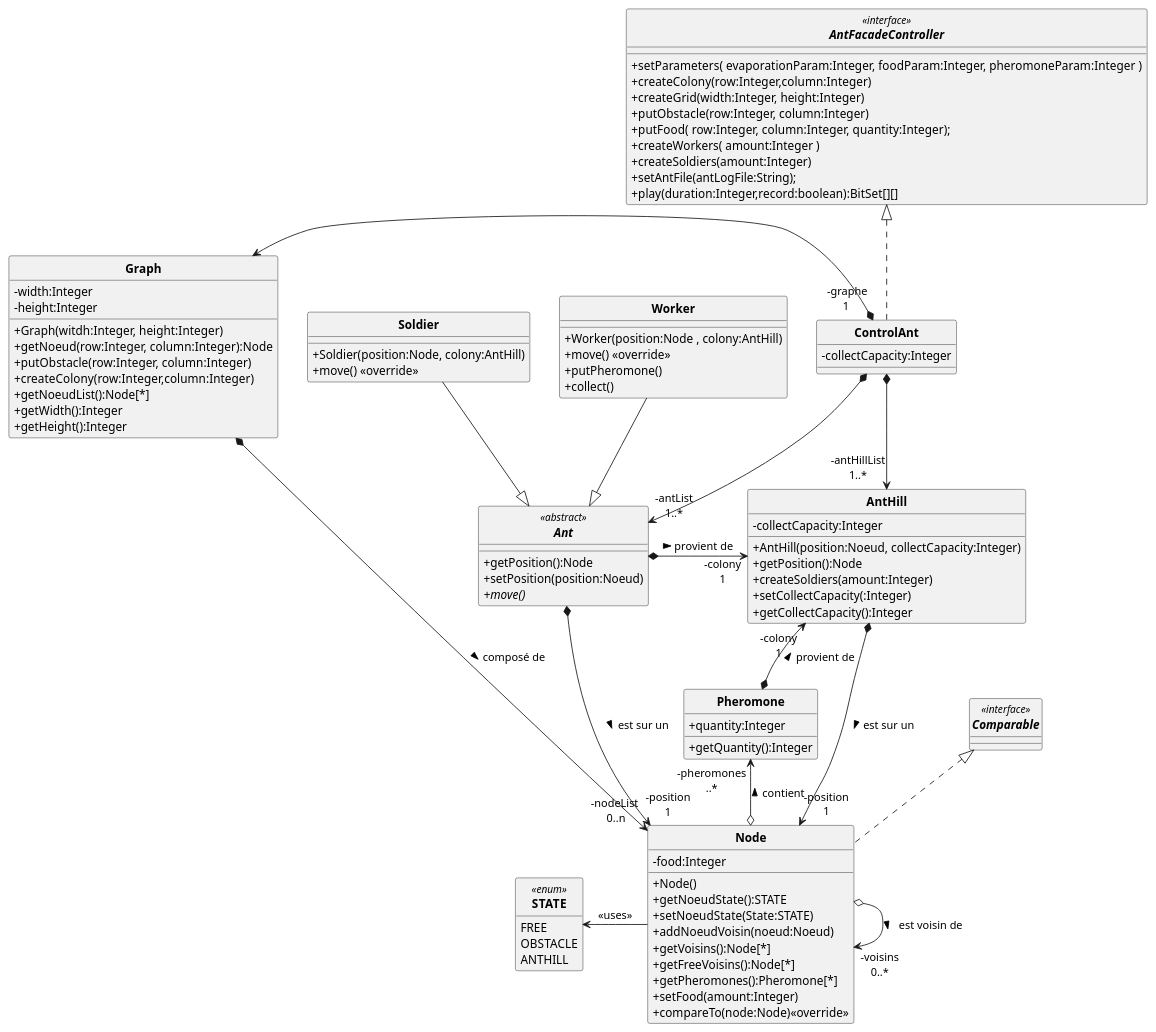
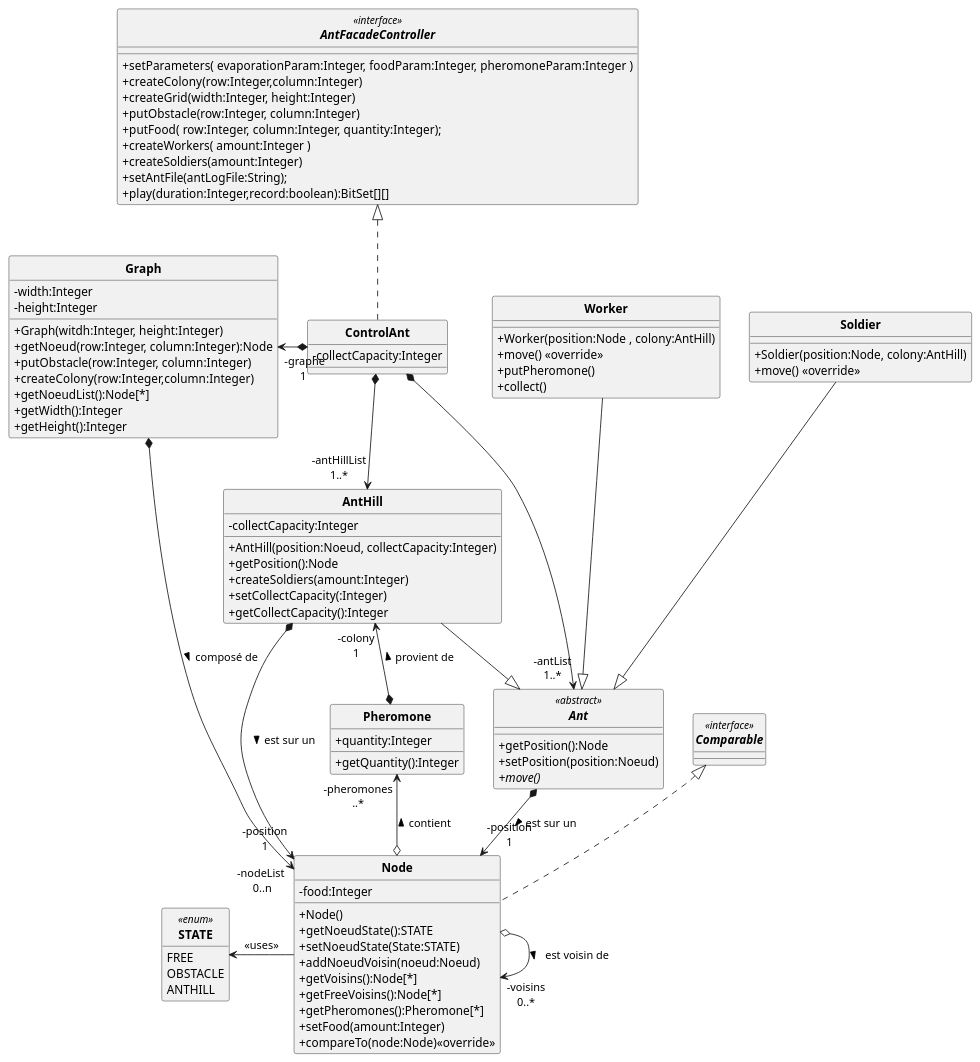
One commit to ErenMustafaGit/ColonieFourmis changed the diagram in src/main/uml/Fourmis_DC.puml. Above: the diagram before and after it, drawn with PlantUML.

Commit message:
Anthill est redevenue un fourmis (Diagramme de conception)

```diff
--- a/src/main/uml/Fourmis_DC.puml
+++ b/src/main/uml/Fourmis_DC.puml
@@ -1,124 +1,125 @@
 @startuml
 'https://plantuml.com/sequence-diagram
 allow_mixing
 skinparam style strictuml
 skinparam classAttributeIconSize 0
 skinparam circledCharacterRadius 0
 skinparam circledCharacterFontSize 0
 skinparam classFontStyle Bold
 'autonumber
 hide enum methods
 
 'Controleur
 interface AntFacadeController <<interface>> {
     +setParameters( evaporationParam:Integer, foodParam:Integer, pheromoneParam:Integer )
     +createColony(row:Integer,column:Integer)
     +createGrid(width:Integer, height:Integer)
     +putObstacle(row:Integer, column:Integer)
     +putFood( row:Integer, column:Integer, quantity:Integer);
     +createWorkers( amount:Integer )
     +createSoldiers(amount:Integer)
     +setAntFile(antLogFile:String);
     +play(duration:Integer,record:boolean):BitSet[][]
 }
 
 class Node implements Comparable{
     -food:Integer
     +Node()
     +getNoeudState():STATE
     +setNoeudState(State:STATE)
     +addNoeudVoisin(noeud:Noeud)
     +getVoisins():Node[*]
     +getFreeVoisins():Node[*]
     +getPheromones():Pheromone[*]
     +setFood(amount:Integer)
     +compareTo(node:Node)<<override>>
 }
 
 interface Comparable <<interface>>{
 
 }
 
 enum STATE <<enum>> {
     FREE
     OBSTACLE
     ANTHILL
 }
 
 'class Food{
 '    -amount:Integer
 '    +Food()
 '}
 class Pheromone{
     +quantity:Integer
     +getQuantity():Integer
 }
 
 
 abstract Ant <<abstract>> {
     +getPosition():Node
     +setPosition(position:Noeud)
     {abstract} +move()
 }
 class AntHill{
     -collectCapacity:Integer
     +AntHill(position:Noeud, collectCapacity:Integer)
     +getPosition():Node
     +createSoldiers(amount:Integer)
     +setCollectCapacity(:Integer)
     +getCollectCapacity():Integer
 }
 class Soldier{
     +Soldier(position:Node, colony:AntHill)
     +move() <<override>>
 }
 
 class Worker {
     +Worker(position:Node , colony:AntHill)
     +move() <<override>>
     +putPheromone()
     +collect()
 }
 
 
 class ControlAnt implements AntFacadeController{
     -collectCapacity:Integer
 }
 
 
 class Graph{
  -width:Integer
  -height:Integer
  +Graph(witdh:Integer, height:Integer)
  +getNoeud(row:Integer, column:Integer):Node
  +putObstacle(row:Integer, column:Integer)
  +createColony(row:Integer,column:Integer)
  +getNoeudList():Node[*]
  +getWidth():Integer
  +getHeight():Integer
 }
 
 
-Soldier --|> Ant
-Worker --|> Ant
+Soldier ---|> Ant
+Worker ---|> Ant
+AntHill --|> Ant
 
 ControlAnt "-graphe\n1 " *-l-> Graph
 ControlAnt  *-r-> "-antList\n1..*" Ant
 ControlAnt  *--> "-antHillList\n1..*" AntHill
 
 Graph *-r-> "-nodeList \n0..n" Node : composé de >
 
 'historique = liste de noeud déjà passé par la fourmi
 '"-position 1\n-historique 0..*"
 Ant *--> "-position\n1" Node  : est sur un >
 AntHill *---> "-position\n1" Node  : est sur un >
 Node o-> "-voisins\n0..*"  Node  : est voisin de >
 
 Node -l-> STATE : <<uses>>
 
-Ant *-> "-colony\n1" AntHill : provient de >
+'Ant *-> "-colony\n1" AntHill : provient de >
 Pheromone *-u-> "-colony\n1" AntHill : provient de >
 Node o-u-> "-pheromones\n..*" Pheromone : contient >
 
 
 @enduml
```
